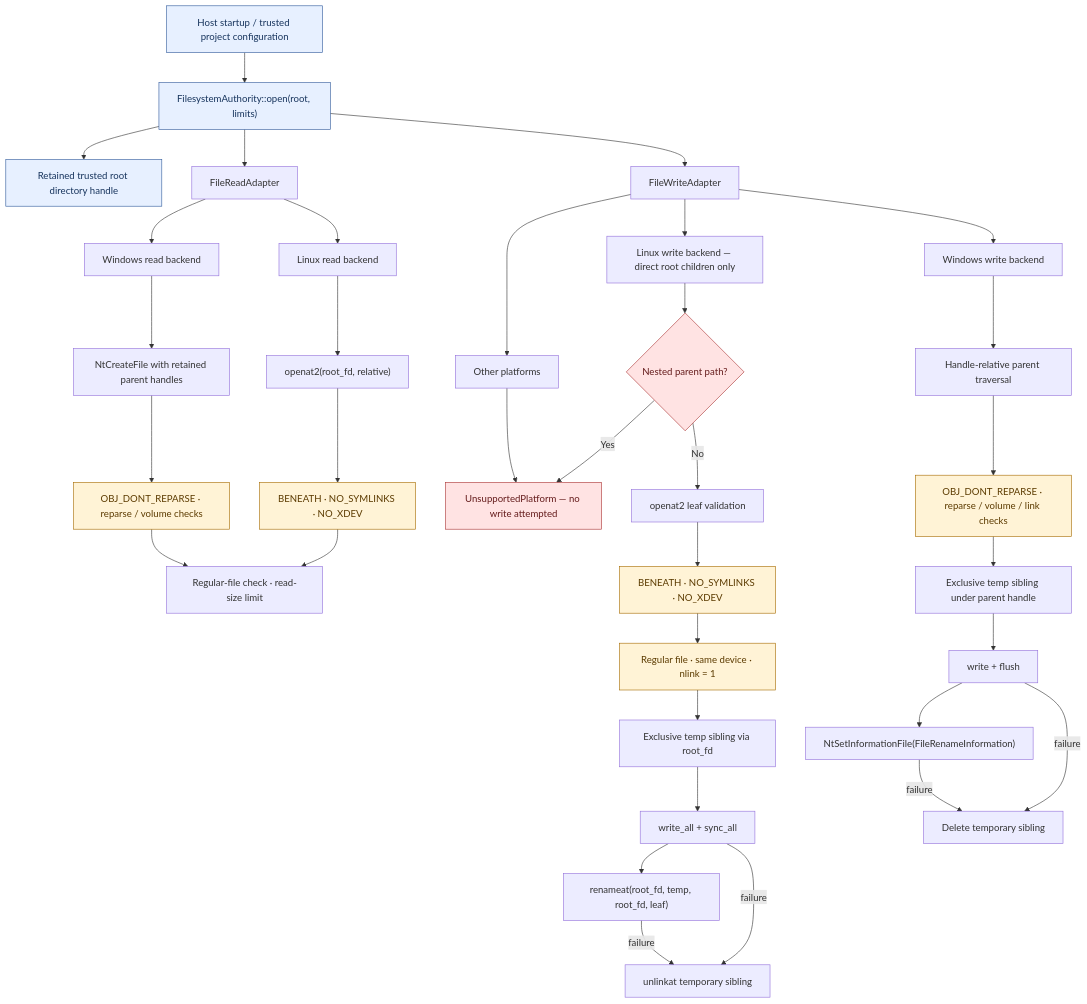
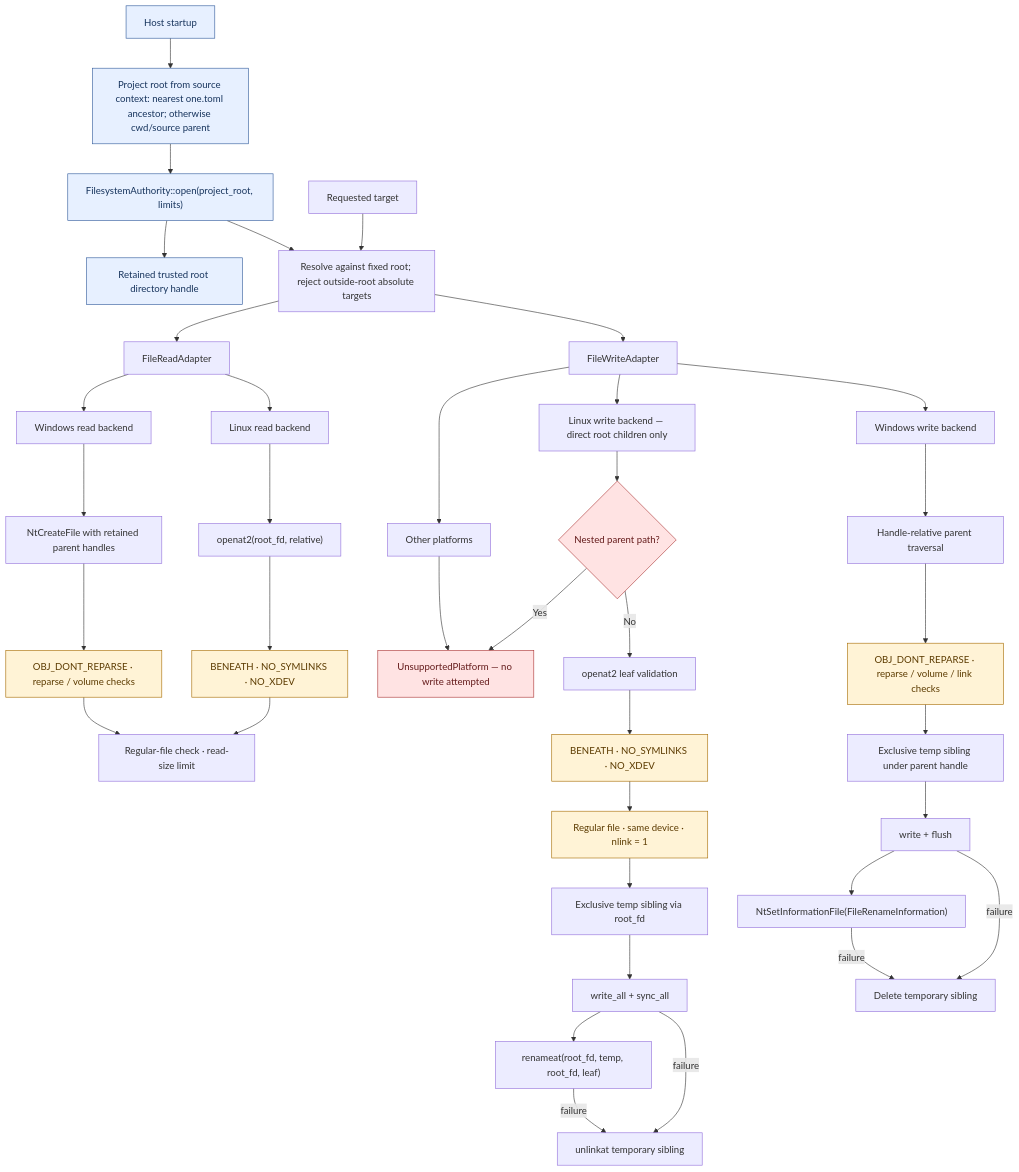
The diagram in docs/architecture/filesystem-root-confinement.md (panglimanetizen01/one), drawn with Mermaid before and after one commit. The commit also changed other lines of this file, not shown here.

Commit message:
docs(architecture): show host-selected project root boundary

````diff
--- a/docs/architecture/filesystem-root-confinement.md
+++ b/docs/architecture/filesystem-root-confinement.md
@@ -5,48 +5,51 @@
 ```mermaid
 flowchart TB
-    Host["Host startup / trusted project configuration"] --> Authority["FilesystemAuthority::open(root, limits)"]
+    Host["Host startup"] --> ProjectRoot["Project root from source context: nearest one.toml ancestor; otherwise cwd/source parent"]
+    ProjectRoot --> Authority["FilesystemAuthority::open(project_root, limits)"]
     Authority --> Root["Retained trusted root directory handle"]
-    Authority --> ReadAdapter["FileReadAdapter"]
-    Authority --> WriteAdapter["FileWriteAdapter"]
+    RequestedTarget["Requested target"] --> Confine["Resolve against fixed root; reject outside-root absolute targets"]
+    Authority --> Confine
+    Confine --> ReadAdapter["FileReadAdapter"]
+    Confine --> WriteAdapter["FileWriteAdapter"]
 
     ReadAdapter --> LinuxRead["Linux read backend"]
     LinuxRead --> Openat2Read["openat2(root_fd, relative)"]
     Openat2Read --> ReadPolicy["BENEATH · NO_SYMLINKS · NO_XDEV"]
     ReadPolicy --> ReadChecks["Regular-file check · read-size limit"]
 
     ReadAdapter --> WindowsRead["Windows read backend"]
     WindowsRead --> NtOpen["NtCreateFile with retained parent handles"]
     NtOpen --> WindowsPolicy["OBJ_DONT_REPARSE · reparse / volume checks"]
     WindowsPolicy --> ReadChecks
 
     WriteAdapter --> LinuxWrite["Linux write backend — direct root children only"]
     LinuxWrite --> Nested{"Nested parent path?"}
     Nested -->|Yes| FailClosed["UnsupportedPlatform — no write attempted"]
     Nested -->|No| LinuxLeaf["openat2 leaf validation"]
     LinuxLeaf --> LinuxPolicy["BENEATH · NO_SYMLINKS · NO_XDEV"]
     LinuxPolicy --> LinuxType["Regular file · same device · nlink = 1"]
     LinuxType --> LinuxTemp["Exclusive temp sibling via root_fd"]
     LinuxTemp --> LinuxSync["write_all + sync_all"]
     LinuxSync --> LinuxRename["renameat(root_fd, temp, root_fd, leaf)"]
     LinuxSync -->|failure| LinuxCleanup["unlinkat temporary sibling"]
     LinuxRename -->|failure| LinuxCleanup
 
     WriteAdapter --> WindowsWrite["Windows write backend"]
     WindowsWrite --> WinWalk["Handle-relative parent traversal"]
     WinWalk --> WinPolicy["OBJ_DONT_REPARSE · reparse / volume / link checks"]
     WinPolicy --> WinTemp["Exclusive temp sibling under parent handle"]
     WinTemp --> WinSync["write + flush"]
     WinSync --> WinRename["NtSetInformationFile(FileRenameInformation)"]
     WinSync -->|failure| WinCleanup["Delete temporary sibling"]
     WinRename -->|failure| WinCleanup
 
     WriteAdapter --> Other["Other platforms"]
     Other --> FailClosed
 
     classDef trust fill:#e7f0ff,stroke:#315a9b,color:#17345d
     classDef guard fill:#fff3d6,stroke:#a66b00,color:#5c3b00
     classDef blocked fill:#ffe3e3,stroke:#a33,color:#641b1b
-    class Host,Authority,Root trust
+    class Host,ProjectRoot,Authority,Root trust
     class ReadPolicy,WindowsPolicy,LinuxPolicy,LinuxType,WinPolicy guard
     class FailClosed,Nested blocked
 ```
````
